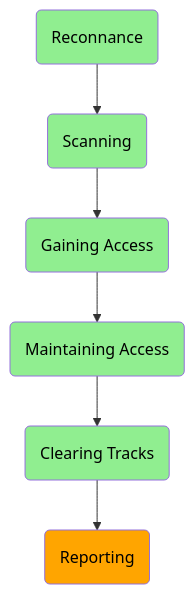
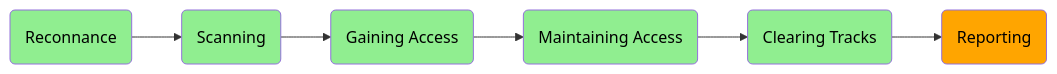
Before and after one commit to 000Sushant/hacking_windows7_using_metasploit: the second of 2 diagrams in README.md, drawn with Mermaid. The commit also changed other lines of this file, not shown here.

````diff
--- a/README.md
+++ b/README.md
@@ -21,15 +21,15 @@
 ```mermaid
-graph TB
+graph LR
 A(Reconnance) --> B(Scanning)
 B --> C(Gaining Access)
 C --> D(Maintaining Access)
 D --> E(Clearing Tracks)
 E --> F(Reporting)
 
 style A fill:lightgreen,color:black,stroke-width:1px
 style B fill:lightgreen,color:black,stroke-width:1px
 style C fill:lightgreen,color:black,stroke-width:1px
 style D fill:lightgreen,color:black,stroke-width:1px
 style E fill:lightgreen,color:black,stroke-width:1px
 style F fill:orange,color:black,stroke-width:1px
 ```
````
